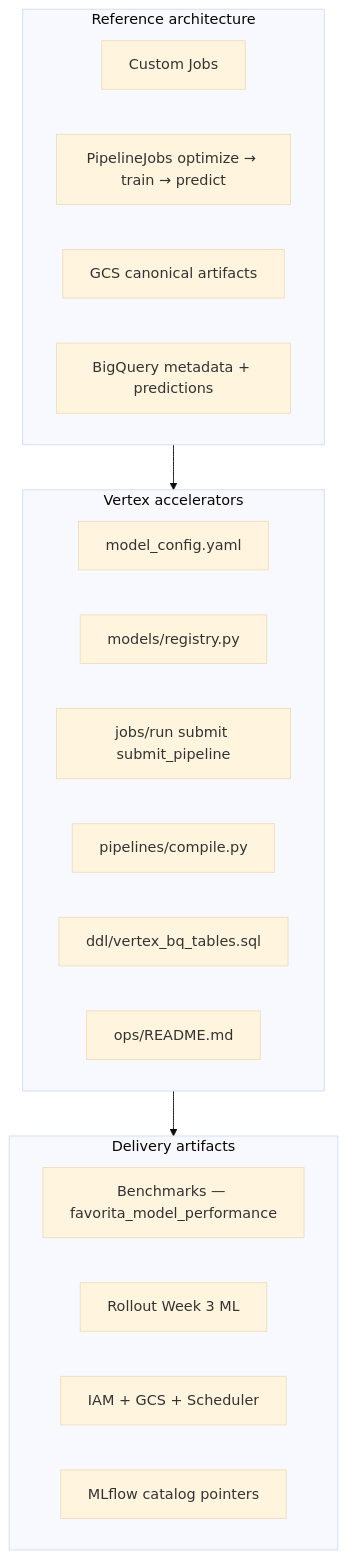
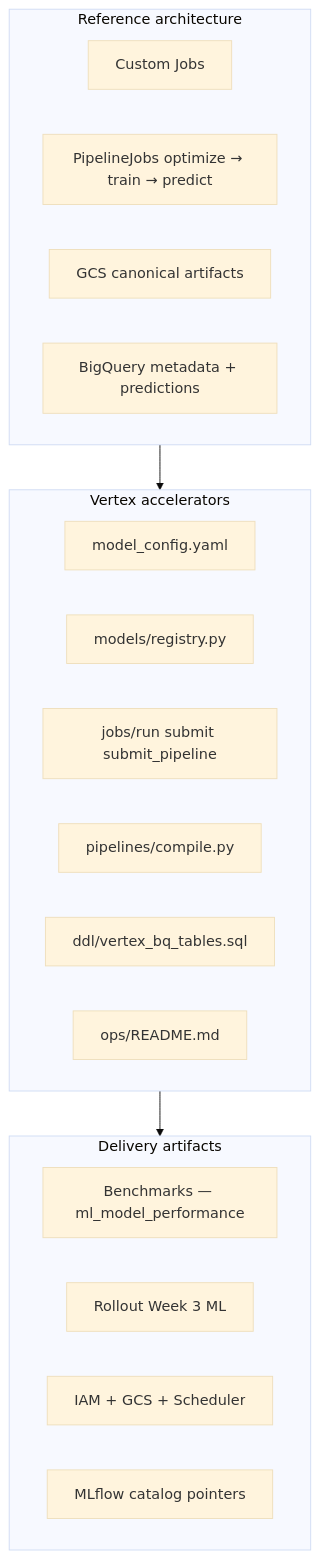
The first of 2 diagrams in docs/vertex/consulting_package.md (the-datastrategist/tds-dbt-favorita), drawn with Mermaid (base theme) before and after one commit. The commit also changed other lines of this file and 21 other files, not shown here.

First line of the commit message:
refactor: rename favorita_model_* / favorita_vertex_job_runs tables to ml_* (#10)

````diff
--- a/docs/vertex/consulting_package.md
+++ b/docs/vertex/consulting_package.md
@@ -13,27 +13,27 @@
 ```mermaid
 flowchart TB
   subgraph L1["Reference architecture"]
     CJ[Custom Jobs]
     KFP[PipelineJobs optimize → train → predict]
     GCS[GCS canonical artifacts]
     BQ[BigQuery metadata + predictions]
   end
 
   subgraph L2["Vertex accelerators"]
     YAML[model_config.yaml]
     Reg[models/registry.py]
     Jobs[jobs/run submit submit_pipeline]
     Pipes[pipelines/compile.py]
     DDL[ddl/vertex_bq_tables.sql]
     Ops[ops/README.md]
   end
 
   subgraph L3["Delivery artifacts"]
-    BM[Benchmarks — favorita_model_performance]
+    BM[Benchmarks — ml_model_performance]
     RP[Rollout Week 3 ML]
     IAC[IAM + GCS + Scheduler]
     MLf[MLflow catalog pointers]
   end
 
   L1 --> L2 --> L3
 ```
````
